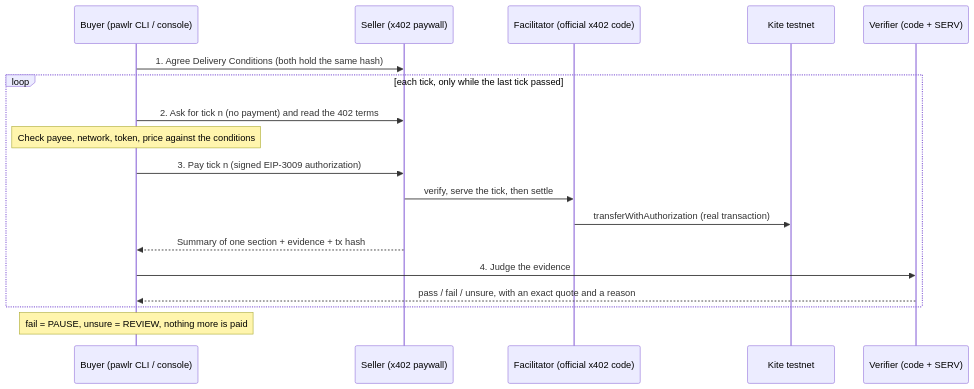
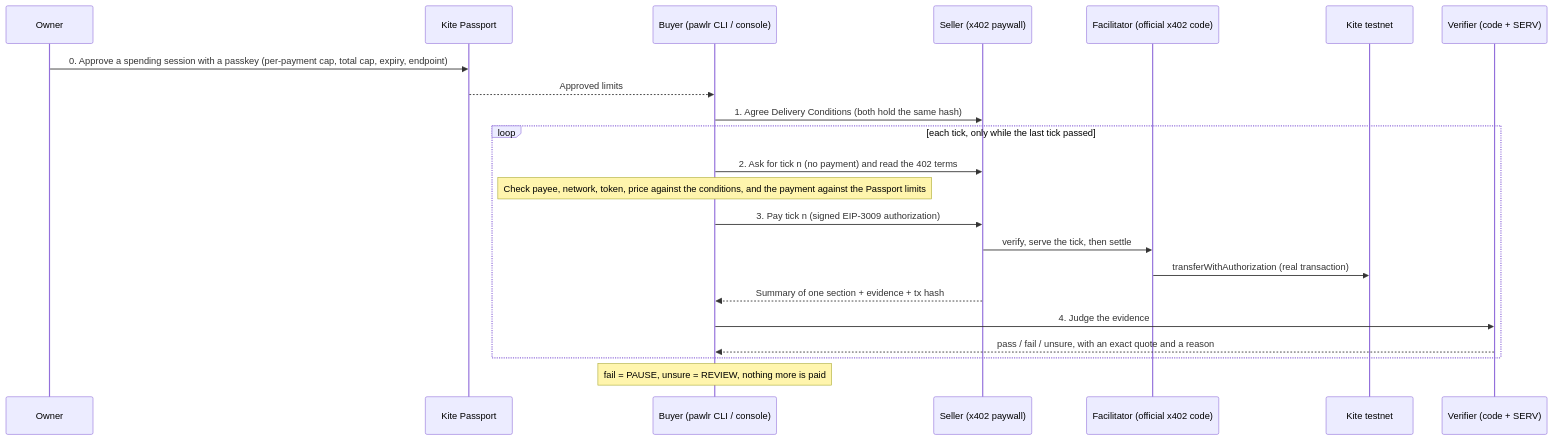
Before and after one commit to Stella112/pawlr: the diagram in README.md, drawn with Mermaid. The commit also changed other lines of this file, not shown here.

Commit message:
README: Passport in the flow diagram, clickable Passport-run tx links, test count, fixes

````diff
--- a/README.md
+++ b/README.md
@@ -18,20 +20,24 @@
 ```mermaid
 sequenceDiagram
+    participant O as Owner
+    participant P as Kite Passport
     participant B as Buyer (pawlr CLI / console)
     participant S as Seller (x402 paywall)
     participant F as Facilitator (official x402 code)
     participant K as Kite testnet
     participant V as Verifier (code + SERV)
+    O->>P: 0. Approve a spending session with a passkey (per-payment cap, total cap, expiry, endpoint)
+    P-->>B: Approved limits
     B->>S: 1. Agree Delivery Conditions (both hold the same hash)
     loop each tick, only while the last tick passed
         B->>S: 2. Ask for tick n (no payment) and read the 402 terms
-        Note over B: Check payee, network, token, price against the conditions
+        Note over B: Check payee, network, token, price against the conditions, and the payment against the Passport limits
         B->>S: 3. Pay tick n (signed EIP-3009 authorization)
         S->>F: verify, serve the tick, then settle
         F->>K: transferWithAuthorization (real transaction)
         S-->>B: Summary of one section + evidence + tx hash
         B->>V: 4. Judge the evidence
         V-->>B: pass / fail / unsure, with an exact quote and a reason
     end
     Note over B: fail = PAUSE, unsure = REVIEW, nothing more is paid
 ```
````
